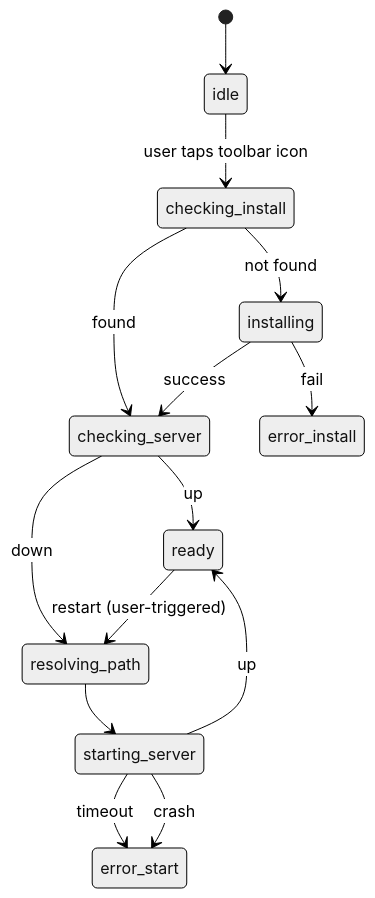
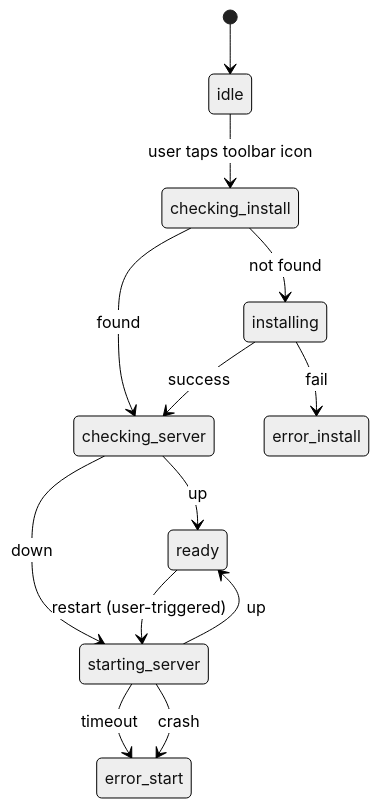
Before and after one commit to Victozee26/acode-opencode: the second of 2 diagrams in SPEC.md, drawn with Mermaid (neutral theme). The commit also changed other lines of this file and 11 other files, not shown here.

````diff
--- a/SPEC.md
+++ b/SPEC.md
@@ -78,16 +75,15 @@
 ```mermaid
 stateDiagram-v2
     [*] --> idle
     idle --> checking_install : user taps toolbar icon
     checking_install --> installing : not found
     checking_install --> checking_server : found
     installing --> checking_server : success
     installing --> error_install : fail
     checking_server --> ready : up
-    checking_server --> resolving_path : down
-    resolving_path --> starting_server
+    checking_server --> starting_server : down
     starting_server --> ready : up
     starting_server --> error_start : timeout
     starting_server --> error_start : crash
-    ready --> resolving_path : restart (user-triggered)
+    ready --> starting_server : restart (user-triggered)
 ```
````
